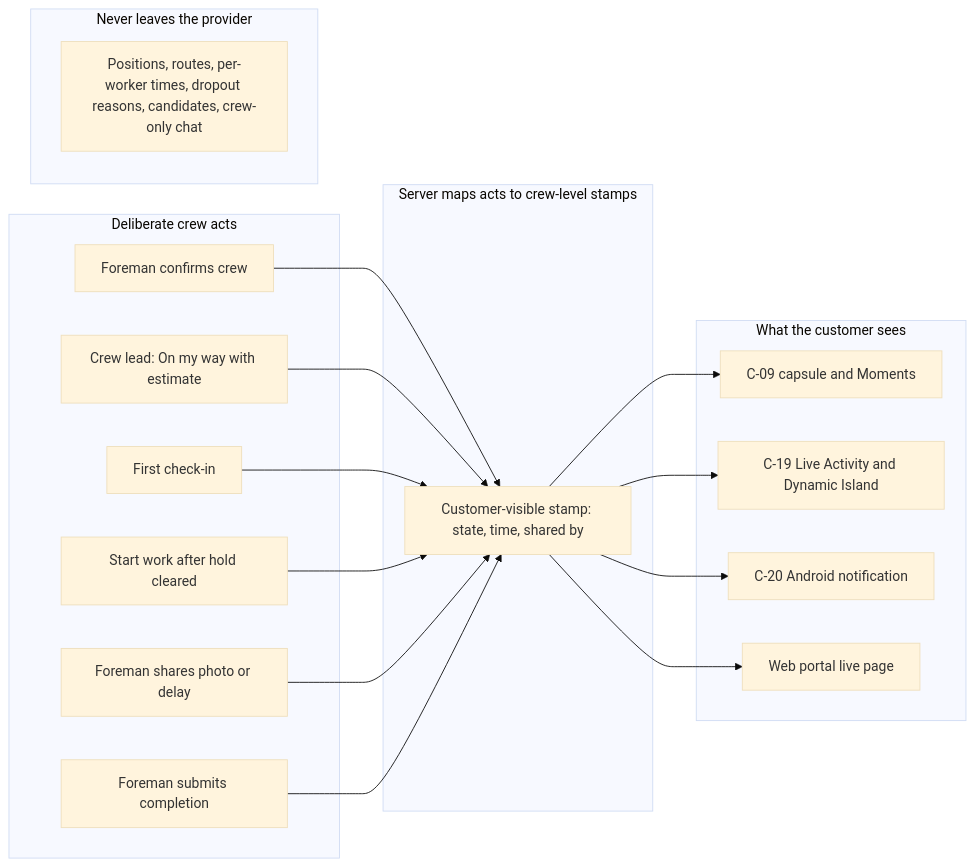
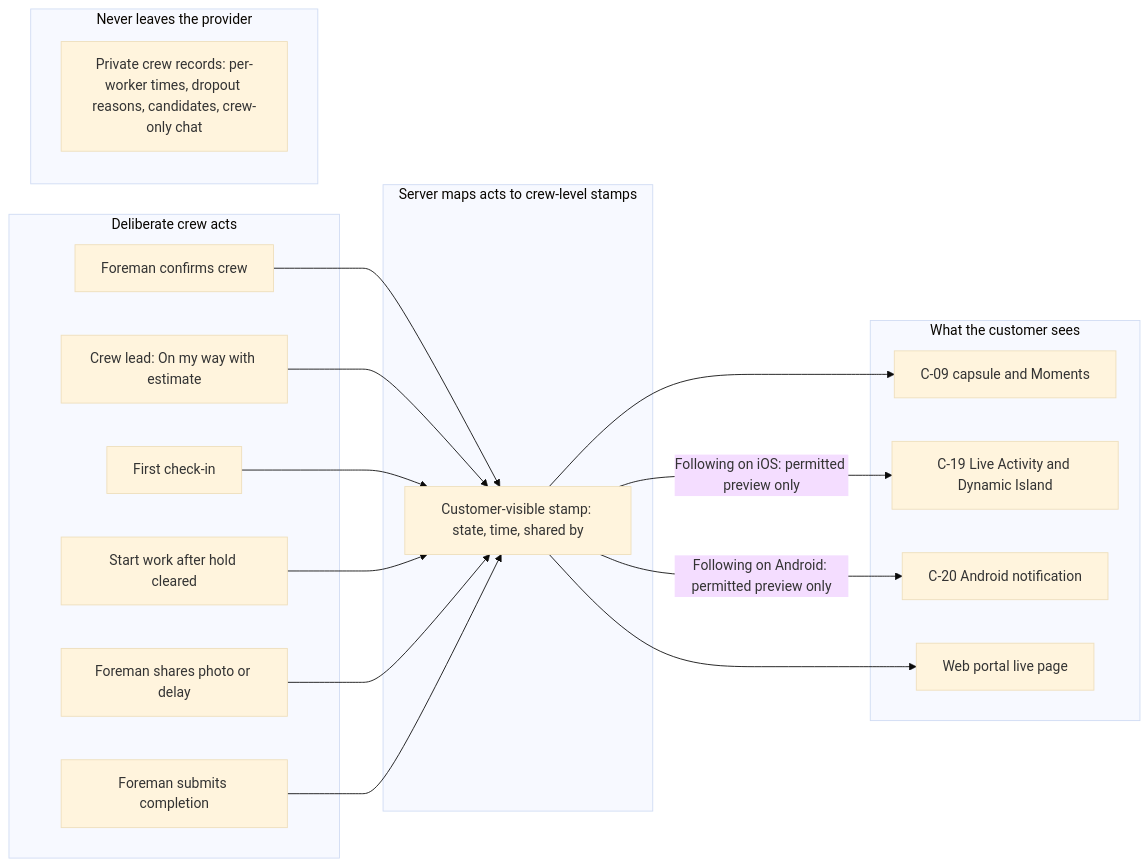
The fifth of 6 diagrams in design-fable/foundation/core-flows.md (Artimunor/bookbuddy), drawn with Mermaid (base theme) before and after one commit. The commit also changed other lines of this file and 109 other files, not shown here.

````diff
--- a/design-fable/foundation/core-flows.md
+++ b/design-fable/foundation/core-flows.md
@@ -167,33 +167,33 @@
 ```mermaid
 flowchart LR
     subgraph Crew["Deliberate crew acts"]
         A1["Foreman confirms crew"]
         A2["Crew lead: On my way with estimate"]
         A3["First check-in"]
         A4["Start work after hold cleared"]
         A5["Foreman shares photo or delay"]
         A6["Foreman submits completion"]
     end
     subgraph Server["Server maps acts to crew-level stamps"]
         M["Customer-visible stamp: state, time, shared by"]
     end
     subgraph Customer["What the customer sees"]
         S1["C-09 capsule and Moments"]
         S2["C-19 Live Activity and Dynamic Island"]
         S3["C-20 Android notification"]
         S4["Web portal live page"]
     end
     subgraph Never["Never leaves the provider"]
-        N["Positions, routes, per-worker times, dropout reasons, candidates, crew-only chat"]
+        N["Private crew records: per-worker times, dropout reasons, candidates, crew-only chat"]
     end
     A1 --> M
     A2 --> M
     A3 --> M
     A4 --> M
     A5 --> M
     A6 --> M
     M --> S1
-    M --> S2
-    M --> S3
+    M -->|Following on iOS: permitted preview only| S2
+    M -->|Following on Android: permitted preview only| S3
     M --> S4
 ```
````
